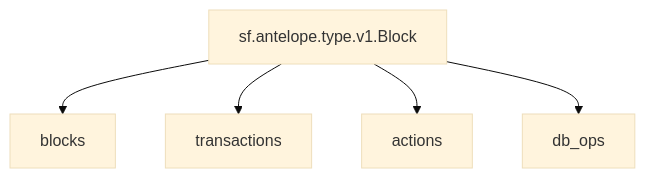
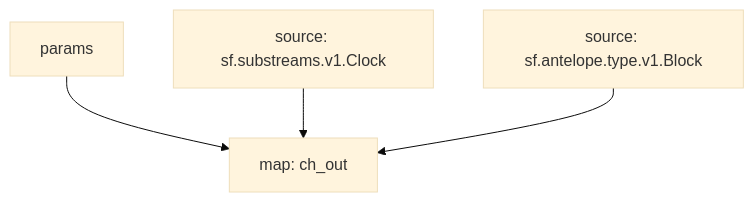
The diagram in README.md (pinax-network/substreams-raw-blocks), drawn with Mermaid (base theme) before and after one commit. The commit also changed other lines of this file and 53 other files, not shown here.

Commit message:
Update to Antelope Transactions

````diff
--- a/README.md
+++ b/README.md
@@ -85,8 +14,7 @@
 ```mermaid
 graph TD;
-  raw[sf.antelope.type.v1.Block];
-  raw --> blocks;
-  raw --> transactions;
-  raw --> actions;
-  raw --> db_ops;
+  ch_out[map: ch_out];
+  ch_out:params[params] --> ch_out;
+  sf.substreams.v1.Clock[source: sf.substreams.v1.Clock] --> ch_out;
+  sf.antelope.type.v1.Block[source: sf.antelope.type.v1.Block] --> ch_out;
 ```
````
